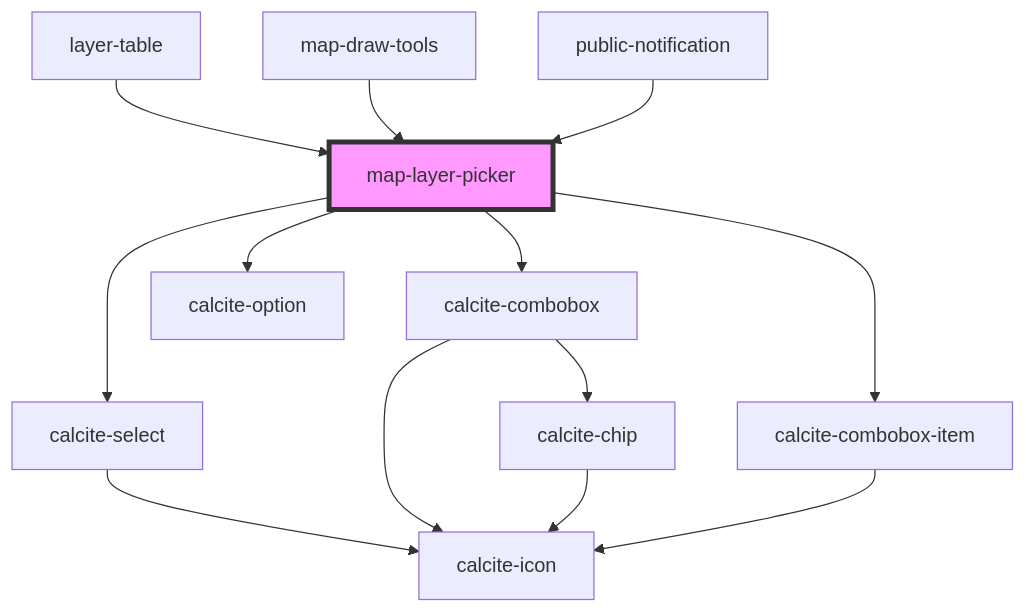
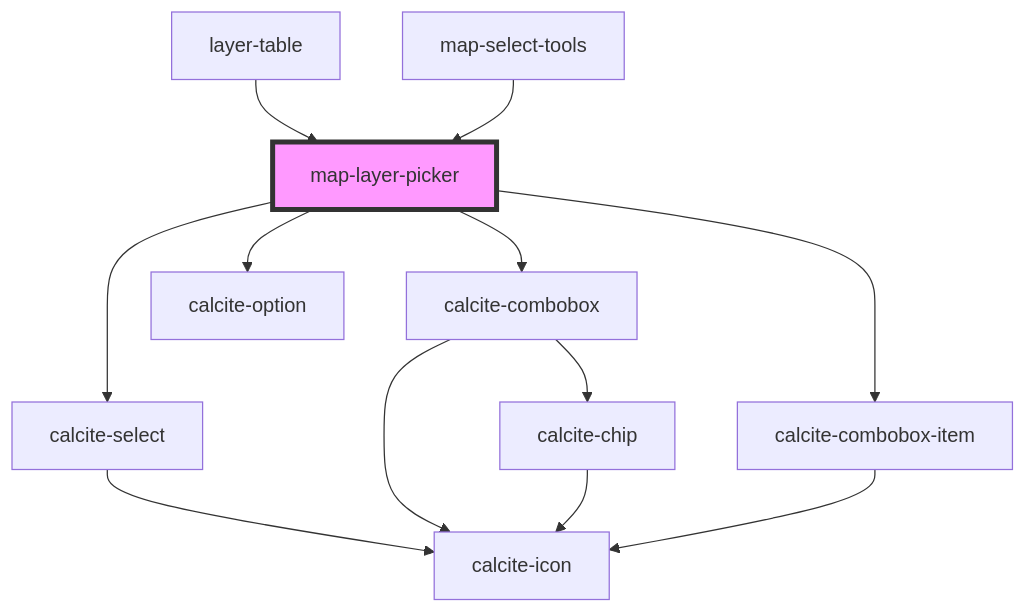
The diagram in src/components/map-layer-picker/readme.md (Esri/solutions-components), drawn with Mermaid before and after one commit. The commit also changed other lines of this file and 24 other files, not shown here.

````diff
--- a/src/components/map-layer-picker/readme.md
+++ b/src/components/map-layer-picker/readme.md
@@ -41,16 +40,15 @@
 ```mermaid
 graph TD;
   map-layer-picker --> calcite-select
   map-layer-picker --> calcite-combobox
   map-layer-picker --> calcite-combobox-item
   map-layer-picker --> calcite-option
   calcite-select --> calcite-icon
   calcite-combobox --> calcite-chip
   calcite-combobox --> calcite-icon
   calcite-chip --> calcite-icon
   calcite-combobox-item --> calcite-icon
   layer-table --> map-layer-picker
-  map-draw-tools --> map-layer-picker
-  public-notification --> map-layer-picker
+  map-select-tools --> map-layer-picker
   style map-layer-picker fill:#f9f,stroke:#333,stroke-width:4px
 ```
````
